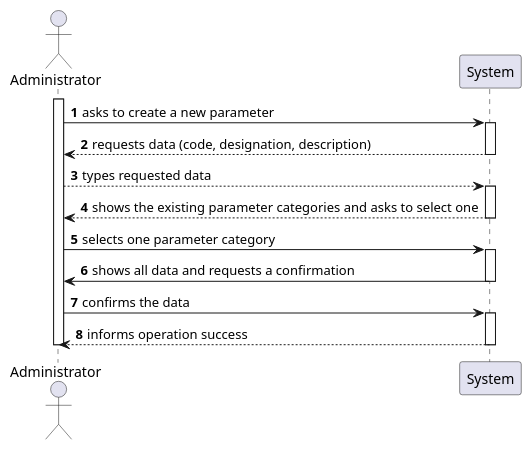
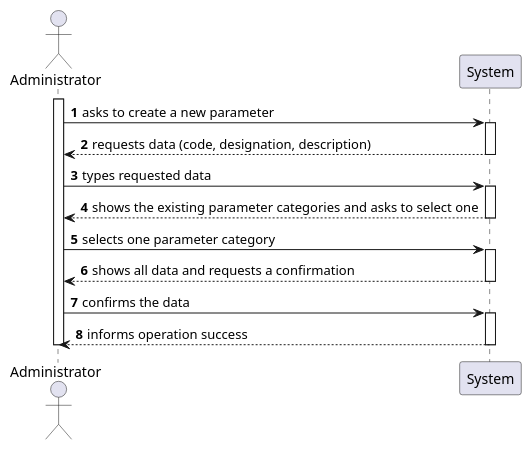
One commit to 0franciscor/lei-21-s2-1de-g19 changed the diagram in docs/SprintB/US10/US10-SSD.puml. Above: the diagram before and after it, drawn with PlantUML. The commit also changed 1 other file, not shown here.

```diff
--- a/docs/SprintB/US10/US10-SSD.puml
+++ b/docs/SprintB/US10/US10-SSD.puml
@@ -1,20 +1,20 @@
 @startuml
 'https://plantuml.com/sequence-diagram
 
 autonumber
 
 actor Administrator as ADM
 activate ADM
 
 ADM -> System ++: asks to create a new parameter
 System --> ADM --: requests data (code, designation, description)
-ADM --> System ++: types requested data
+ADM -> System ++: types requested data
 System --> ADM --: shows the existing parameter categories and asks to select one
 ADM -> System ++: selects one parameter category
-System -> ADM --: shows all data and requests a confirmation
+System --> ADM --: shows all data and requests a confirmation
 ADM -> System ++: confirms the data
 System --> ADM --: informs operation success
 
 deactivate ADM
 
 @enduml
```
